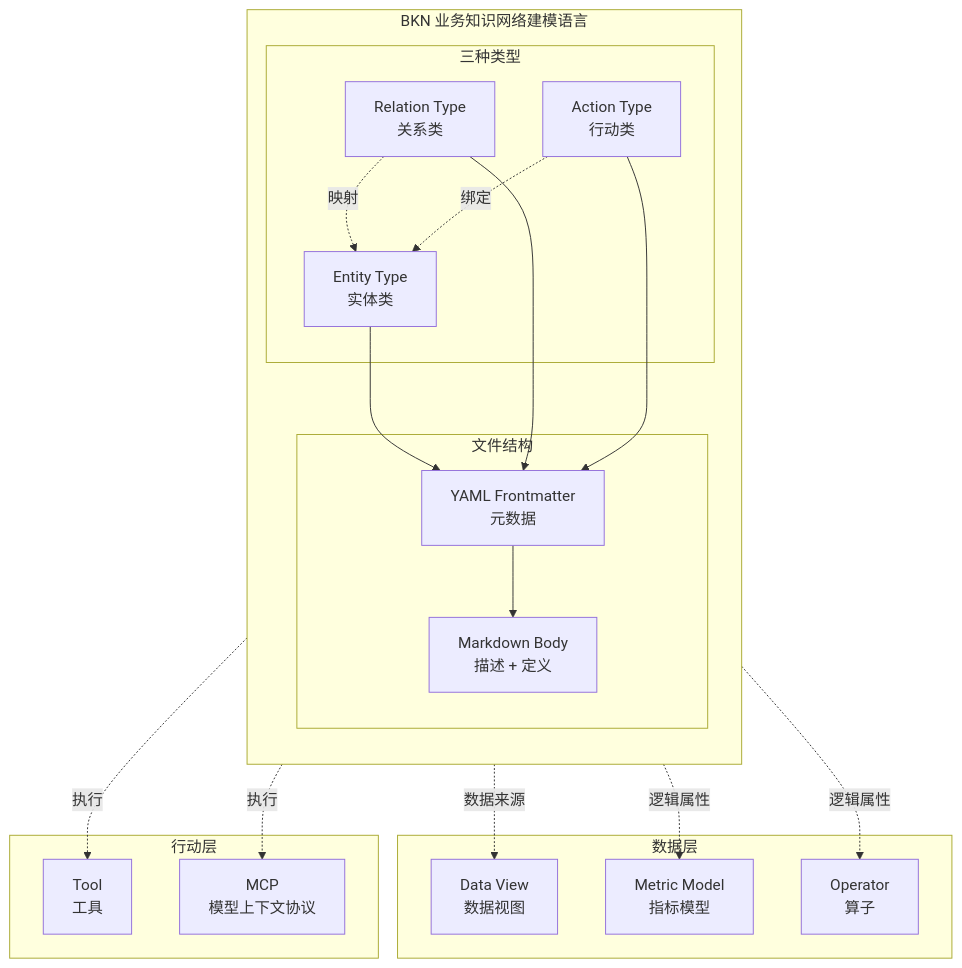
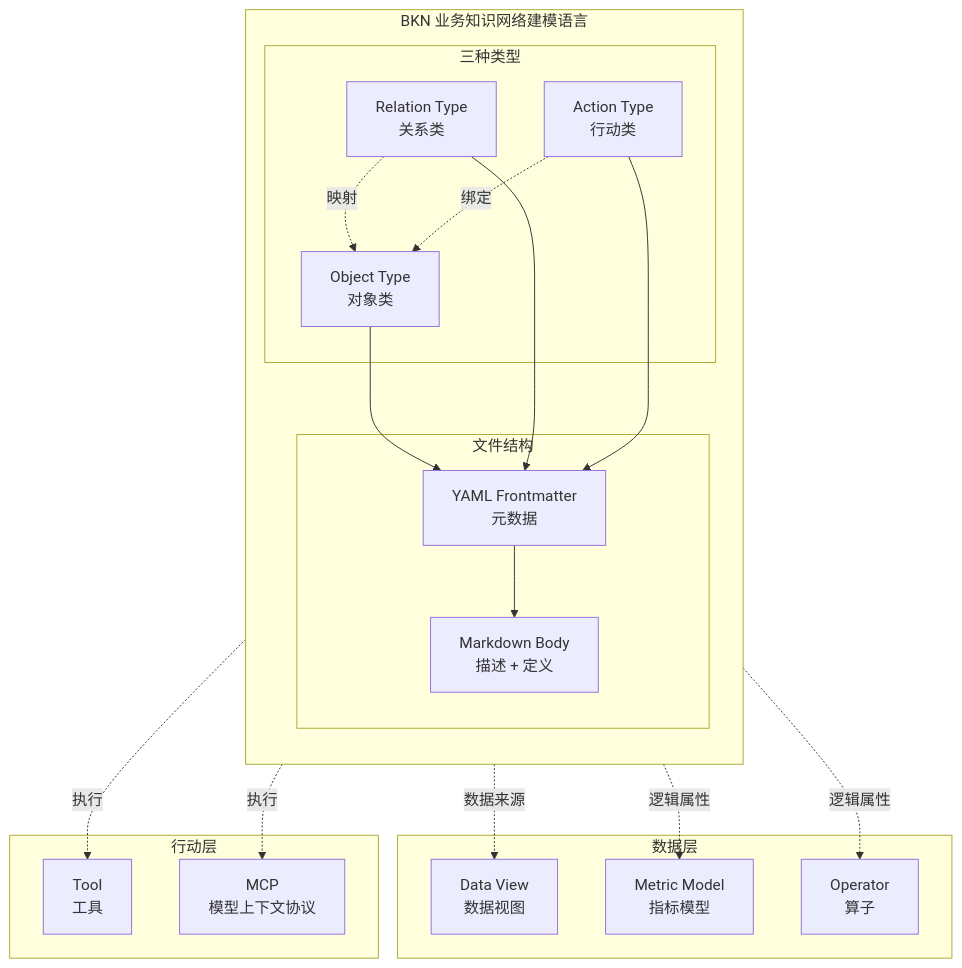
One commit to hhthxt/bkn-specification changed the first of 6 diagrams in docs/ARCHITECTURE.md. Above: the diagram before and after it, drawn with Mermaid. The commit also changed other lines of this file and 73 other files, not shown here.

First line of the commit message:
Refactor BKN terminology from "Entity" to "Object" across documentation and codebase

````diff
--- a/docs/ARCHITECTURE.md
+++ b/docs/ARCHITECTURE.md
@@ -15,41 +15,41 @@
 ```mermaid
 flowchart TB
     subgraph BKN_Language["BKN 业务知识网络建模语言"]
         direction TB
         
         subgraph Types["三种类型"]
-            Entity["Entity Type<br/>实体类"]
+            Object["Object Type<br/>对象类"]
             Relation["Relation Type<br/>关系类"]
             Action["Action Type<br/>行动类"]
         end
         
         subgraph Structure["文件结构"]
             Frontmatter["YAML Frontmatter<br/>元数据"]
             Body["Markdown Body<br/>描述 + 定义"]
         end
         
-        Entity --> Frontmatter
+        Object --> Frontmatter
         Relation --> Frontmatter
         Action --> Frontmatter
         Frontmatter --> Body
     end
     
     subgraph DataLayer["数据层"]
         DataView["Data View<br/>数据视图"]
         MetricModel["Metric Model<br/>指标模型"]
         Operator["Operator<br/>算子"]
     end
     
     subgraph ActionLayer["行动层"]
         Tool["Tool<br/>工具"]
         MCP["MCP<br/>模型上下文协议"]
     end
     
-    Entity -.->|数据来源| DataView
-    Entity -.->|逻辑属性| MetricModel
-    Entity -.->|逻辑属性| Operator
-    Relation -.->|映射| Entity
-    Action -.->|绑定| Entity
+    Object -.->|数据来源| DataView
+    Object -.->|逻辑属性| MetricModel
+    Object -.->|逻辑属性| Operator
+    Relation -.->|映射| Object
+    Action -.->|绑定| Object
     Action -.->|执行| Tool
     Action -.->|执行| MCP
 ```
````
